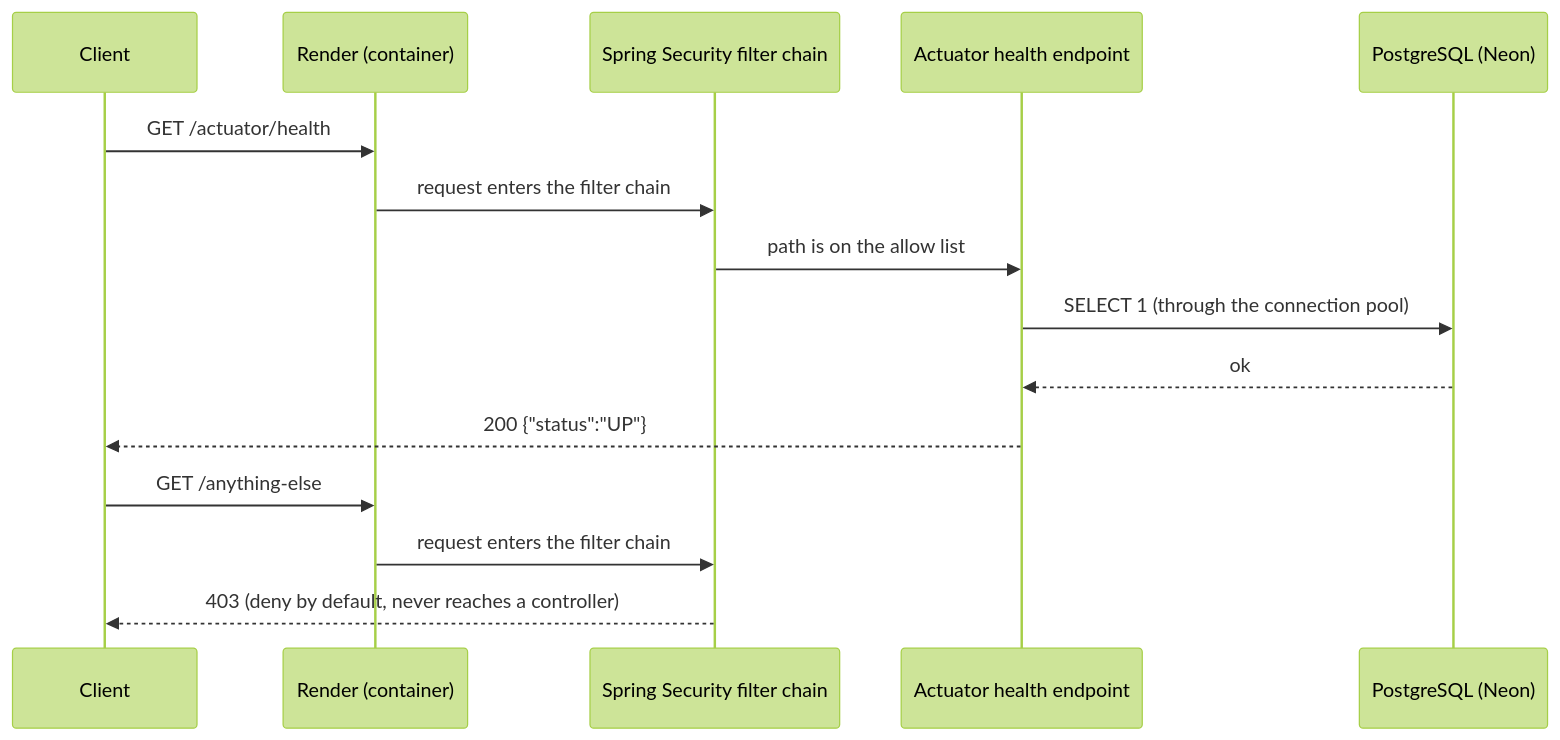
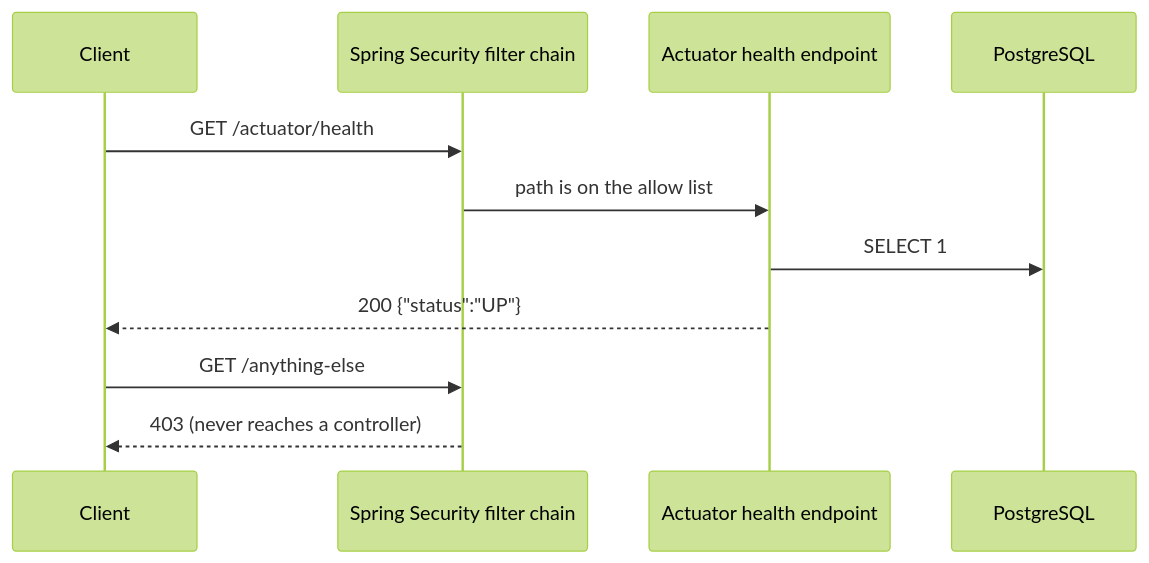
Before and after one commit to SilverMenace/tsukuyomi: the first of 3 diagrams in ARCHITECTURE.md, drawn with Mermaid (forest theme). The commit also changed other lines of this file and 2 other files, not shown here.

Commit message:
docs: M1 decisions, request flows and local run instructions

````diff
--- a/ARCHITECTURE.md
+++ b/ARCHITECTURE.md
@@ -10,19 +10,15 @@
 ```mermaid
 sequenceDiagram
     participant C as Client
-    participant R as Render (container)
     participant S as Spring Security filter chain
     participant A as Actuator health endpoint
-    participant P as PostgreSQL (Neon)
+    participant P as PostgreSQL
 
-    C->>R: GET /actuator/health
-    R->>S: request enters the filter chain
+    C->>S: GET /actuator/health
     S->>A: path is on the allow list
-    A->>P: SELECT 1 (through the connection pool)
-    P-->>A: ok
+    A->>P: SELECT 1
     A-->>C: 200 {"status":"UP"}
 
-    C->>R: GET /anything-else
-    R->>S: request enters the filter chain
-    S-->>C: 403 (deny by default, never reaches a controller)
+    C->>S: GET /anything-else
+    S-->>C: 403 (never reaches a controller)
 ```
````
